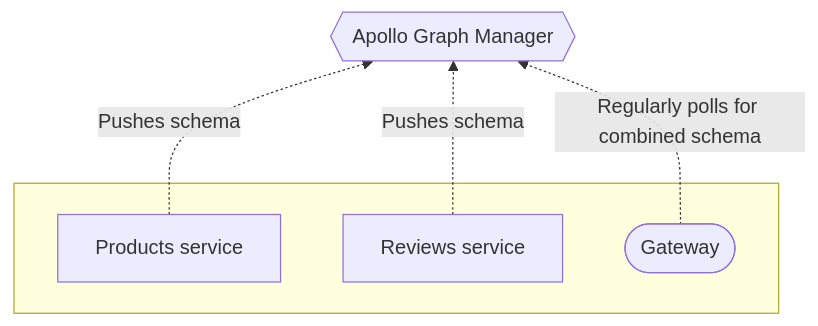
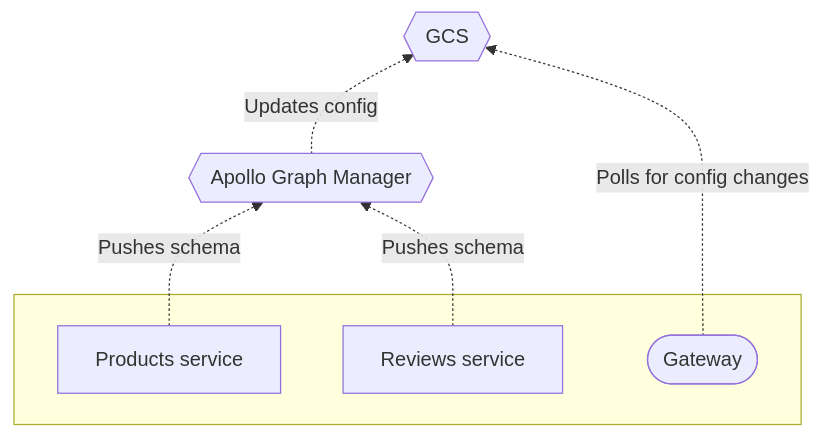
One commit to apollographql/apollo changed the diagram in graph-manager-docs/source/managed-federation/overview.mdx. Above: the diagram before and after it, drawn with Mermaid. The commit also changed other lines of this file and 2 other files, not shown here.

````diff
--- a/graph-manager-docs/source/managed-federation/overview.mdx
+++ b/graph-manager-docs/source/managed-federation/overview.mdx
@@ -10,12 +12,15 @@
 ```mermaid
 graph BT;
   subgraph " "
   serviceA[Products service];
   serviceB[Reviews service];
   gateway([Gateway]);
   end
   graphManager{{Apollo Graph Manager}};
+  gcs{{GCS}}
   serviceA & serviceB -. Pushes schema .-> graphManager;
-  gateway -. Regularly polls for combined schema .-> graphManager;
+  graphManager -. Updates config .-> gcs;
+  gateway -. Polls for config changes .-> gcs;
   class graphManager secondary;
+  class gcs secondary;
 ```
````
